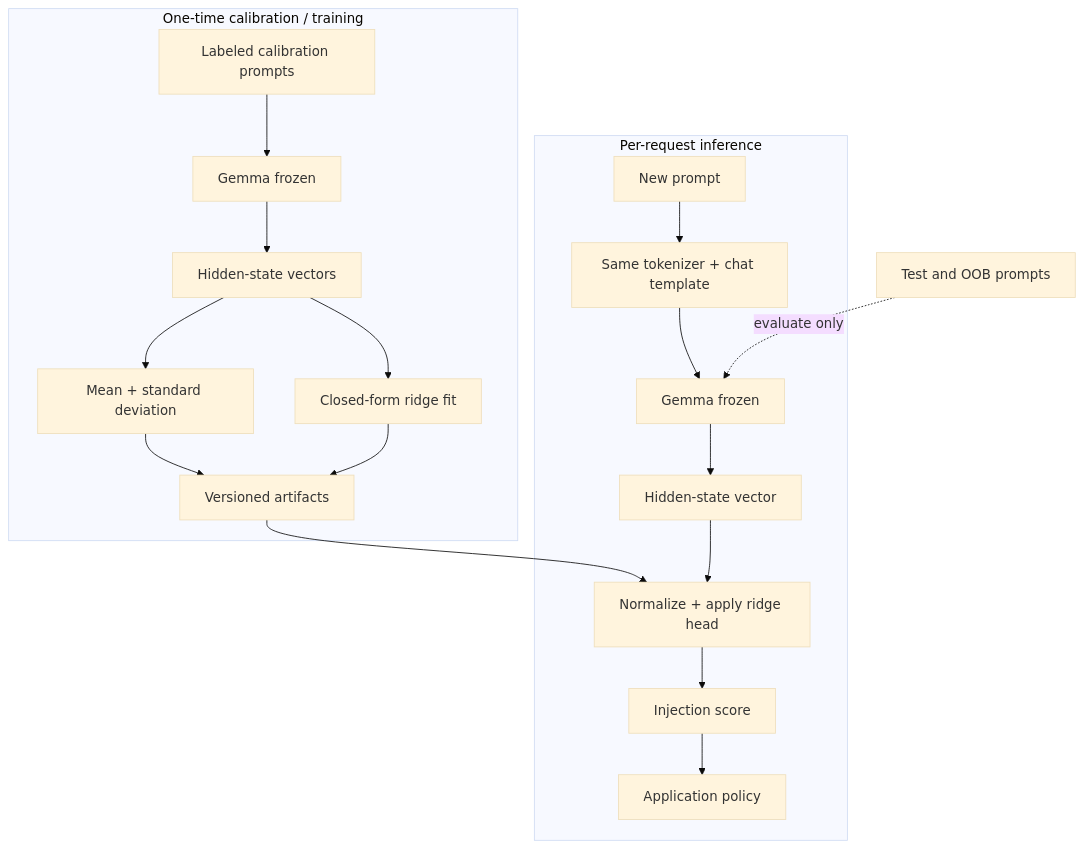
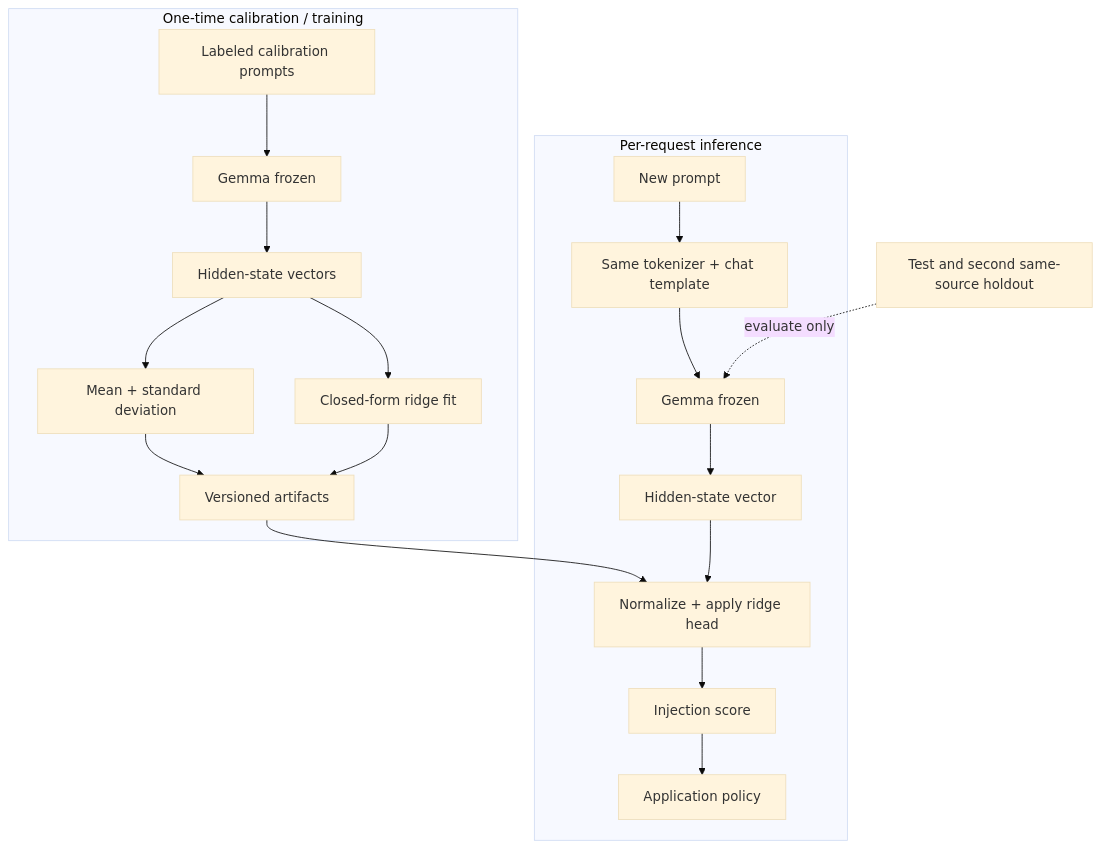
The second of 4 diagrams in APPROACH.md (shabul/prompt-guard-bench), drawn with Mermaid (base theme) before and after one commit. The commit also changed other lines of this file and 34 other files, not shown here.

````diff
--- a/APPROACH.md
+++ b/APPROACH.md
@@ -49,23 +49,23 @@
 ```mermaid
 flowchart TB
     subgraph TRAIN[One-time calibration / training]
         T1[Labeled calibration prompts] --> T2[Gemma frozen]
         T2 --> T3[Hidden-state vectors]
         T3 --> T4[Mean + standard deviation]
         T3 --> T5[Closed-form ridge fit]
         T4 --> ART[Versioned artifacts]
         T5 --> ART
     end
 
     subgraph RUN[Per-request inference]
         R1[New prompt] --> R2[Same tokenizer + chat template]
         R2 --> R3[Gemma frozen]
         R3 --> R4[Hidden-state vector]
         ART --> R5[Normalize + apply ridge head]
         R4 --> R5
         R5 --> R6[Injection score]
         R6 --> R7[Application policy]
     end
 
-    TEST[Test and OOB prompts] -. evaluate only .-> R3
+    TEST[Test and second same-source holdout] -. evaluate only .-> R3
 ```
````
